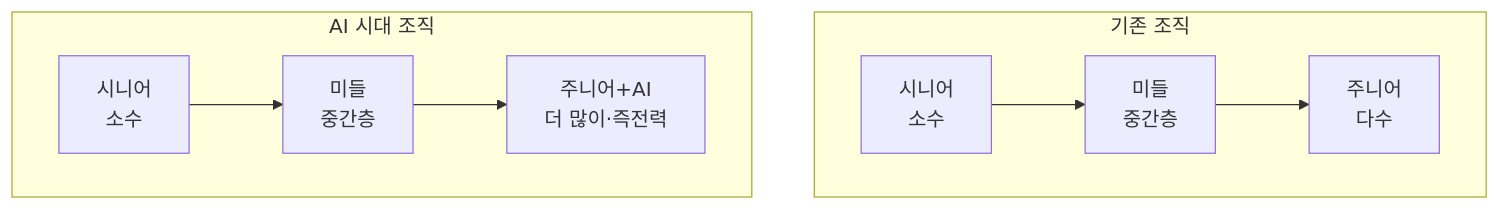
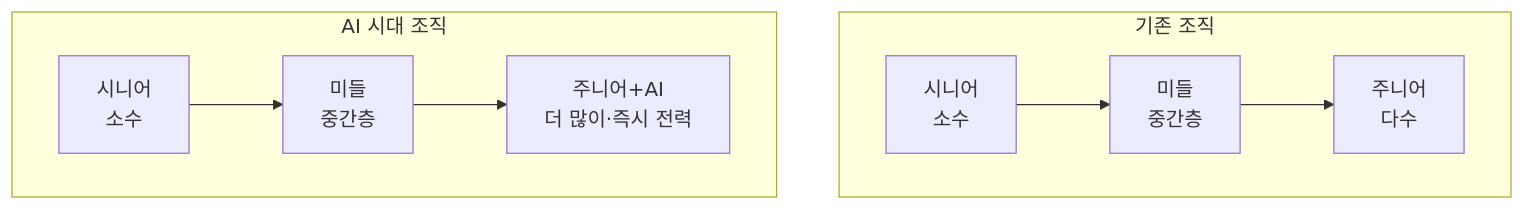
One commit to kimjangwook/www.jangwook.net changed the second of 3 diagrams in src/content/blog/ko/ibm-gen-z-hiring-ai-limits.md. Above: the diagram before and after it, drawn with Mermaid. The commit also changed other lines of this file, not shown here.

````diff
--- a/src/content/blog/ko/ibm-gen-z-hiring-ai-limits.md
+++ b/src/content/blog/ko/ibm-gen-z-hiring-ai-limits.md
@@ -124,11 +124,11 @@
 ```mermaid
 graph TD
     subgraph 기존 조직
         S1[시니어<br/>소수] --> M1[미들<br/>중간층]
         M1 --> J1[주니어<br/>다수]
     end
     subgraph AI 시대 조직
         S2[시니어<br/>소수] --> M2[미들<br/>중간층]
-        M2 --> J2[주니어+AI<br/>더 많이·즉전력]
+        M2 --> J2[주니어+AI<br/>더 많이·즉시 전력]
     end
 ```
````
